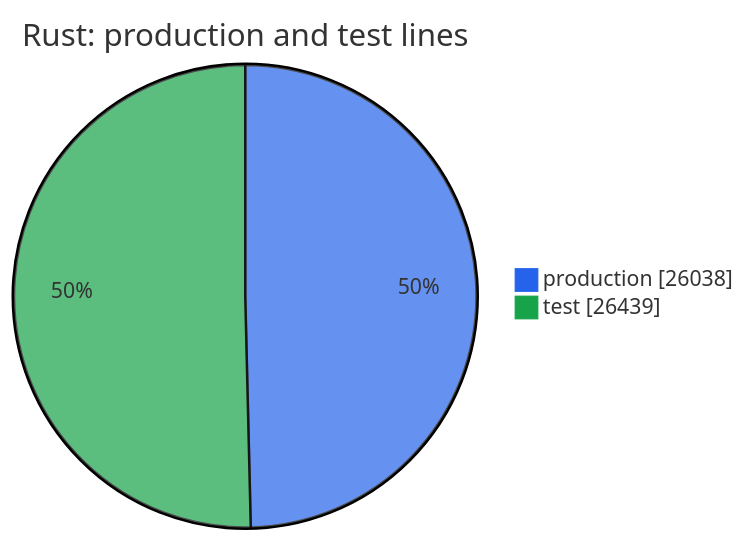
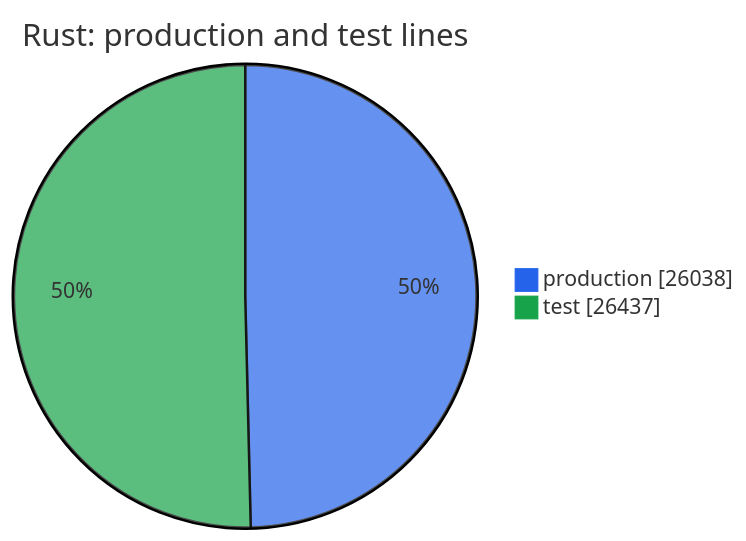
Before and after one commit to thomascherickal/ferrum-gpu: the second of 2 diagrams in metrics.md, drawn with Mermaid. The commit also changed other lines of this file and 2 other files, not shown here.

First line of the commit message:
test: the GUI binary's CPU-fallback note is covered by a run that exits by itself

````diff
--- a/metrics.md
+++ b/metrics.md
@@ -35,6 +35,6 @@
 ```mermaid
 %%{init: {"theme": "base", "themeVariables": {"pie1": "#2563eb", "pie2": "#16a34a", "pie3": "#d97706", "pie4": "#db2777", "pie5": "#7c3aed", "pie6": "#0891b2", "pie7": "#65a30d", "pie8": "#dc2626"}}}%%
 pie showData title Rust: production and test lines
     "production" : 26038
-    "test" : 26439
+    "test" : 26437
 ```
````
